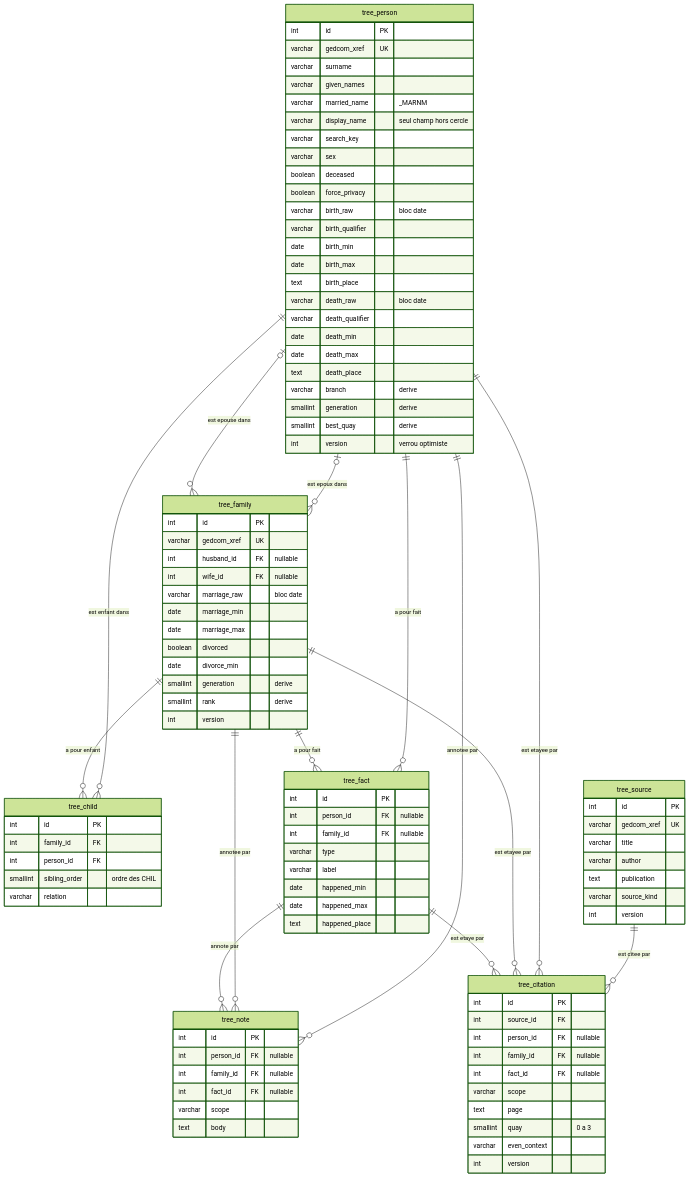
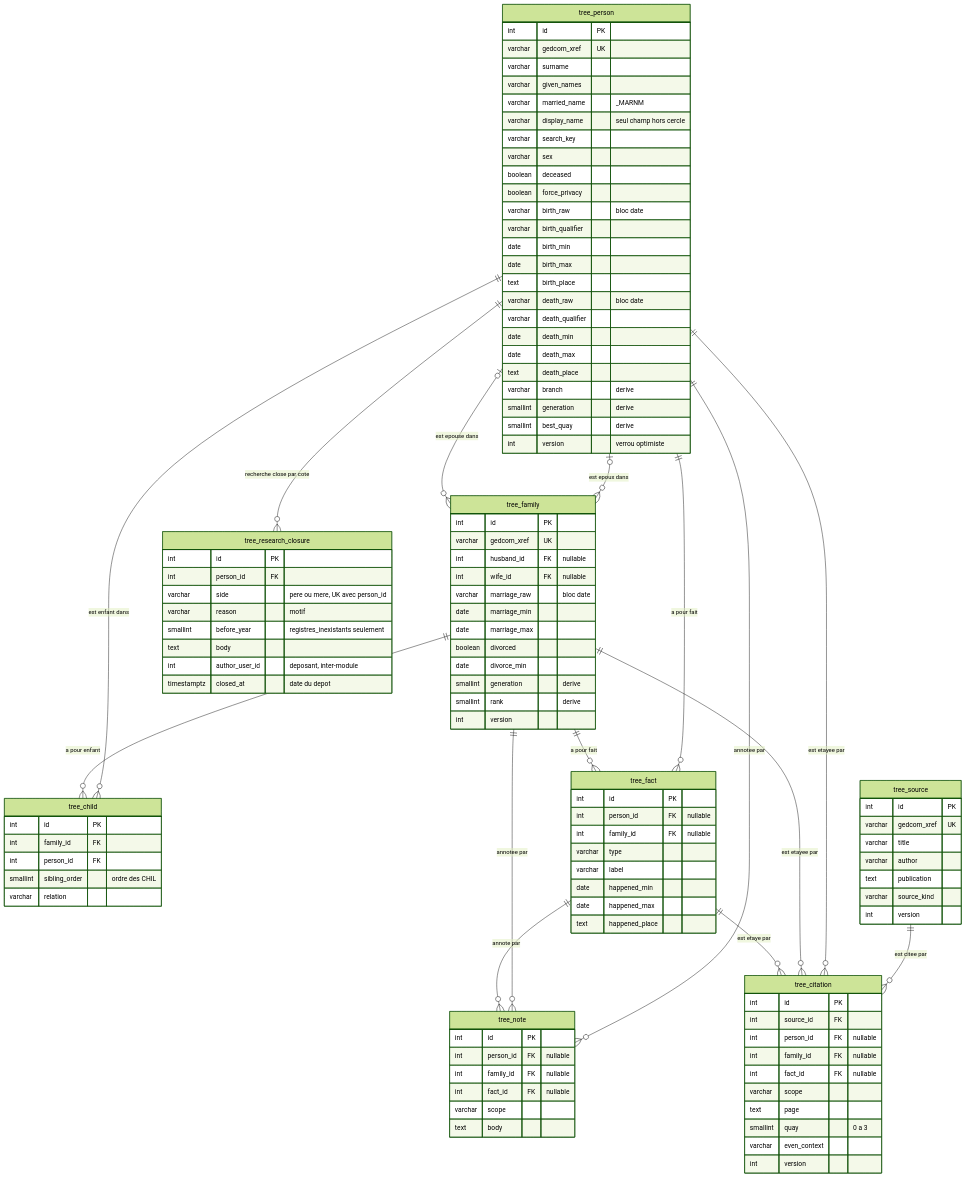
Before and after one commit to Naltpom/heritage: the second of 7 diagrams in docs/modele-donnees.md, drawn with Mermaid (forest theme). The commit also changed other lines of this file and 8 other files, not shown here.

First line of the commit message:
Fin de recherche : ADR 0023, contrat et module partagé

````diff
--- a/docs/modele-donnees.md
+++ b/docs/modele-donnees.md
@@ -3395,6 +3499,7 @@
     tree_person ||--o{ tree_citation : "est etayee par"
     tree_family ||--o{ tree_citation : "est etayee par"
     tree_fact ||--o{ tree_citation : "est etaye par"
+    tree_person ||--o{ tree_research_closure : "recherche close par cote"
 
     tree_person {
         int id PK
@@ -3482,4 +3587,14 @@
         varchar even_context
         int version
     }
+    tree_research_closure {
+        int id PK
+        int person_id FK
+        varchar side "pere ou mere, UK avec person_id"
+        varchar reason "motif"
+        smallint before_year "registres_inexistants seulement"
+        text body
+        int author_user_id "deposant, inter-module"
+        timestamptz closed_at "date du depot"
+    }
 ```
````
